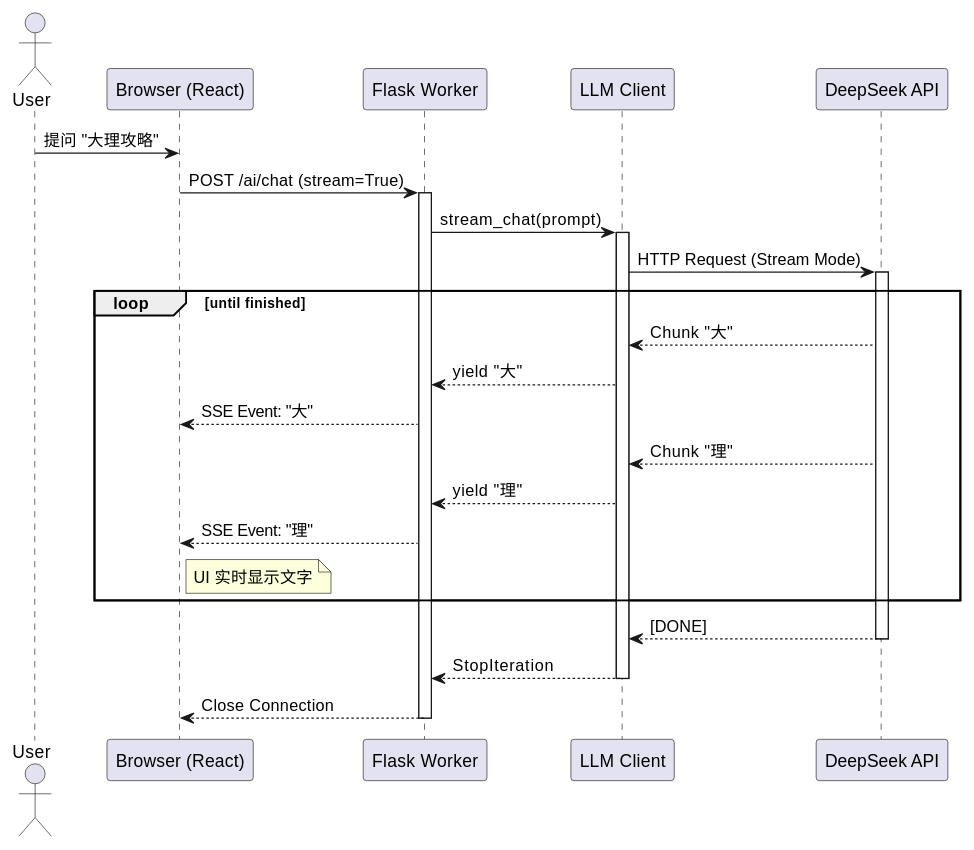
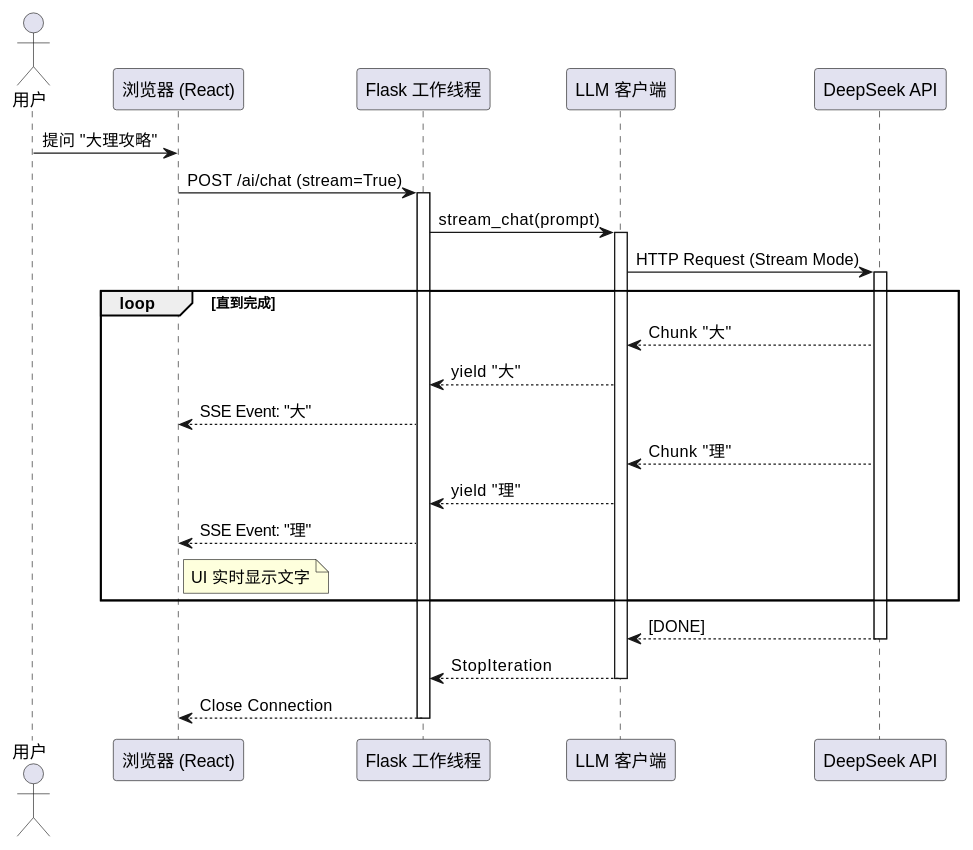
One commit to maroonxv/TravelShare changed the second of 3 diagrams in doc/design/architecture_design/process_view.md. Above: the diagram before and after it, drawn with PlantUML. The commit also changed other lines of this file and 59 other files, not shown here.

````diff
--- a/doc/design/architecture_design/process_view.md
+++ b/doc/design/architecture_design/process_view.md
@@ -107,39 +105,39 @@
 ```plantuml
 @startuml
-actor User
-participant "Browser (React)" as Client
-participant "Flask Worker" as Server
-participant "LLM Client" as Adapter
+actor "用户" as User
+participant "浏览器 (React)" as Client
+participant "Flask 工作线程" as Server
+participant "LLM 客户端" as Adapter
 participant "DeepSeek API" as AI
 
 User -> Client: 提问 "大理攻略"
 Client -> Server: POST /ai/chat (stream=True)
 activate Server
 
 Server -> Adapter: stream_chat(prompt)
 activate Adapter
 
 Adapter -> AI: HTTP Request (Stream Mode)
 activate AI
 
-loop until finished
+loop 直到完成
     AI --> Adapter: Chunk "大"
     Adapter --> Server: yield "大"
     Server --> Client: SSE Event: "大"
     
     AI --> Adapter: Chunk "理"
     Adapter --> Server: yield "理"
     Server --> Client: SSE Event: "理"
     
     note right of Client: UI 实时显示文字
 end
 
 AI --> Adapter: [DONE]
 deactivate AI
 Adapter --> Server: StopIteration
 deactivate Adapter
 
 Server --> Client: Close Connection
 deactivate Server
 @enduml
 ```
````
